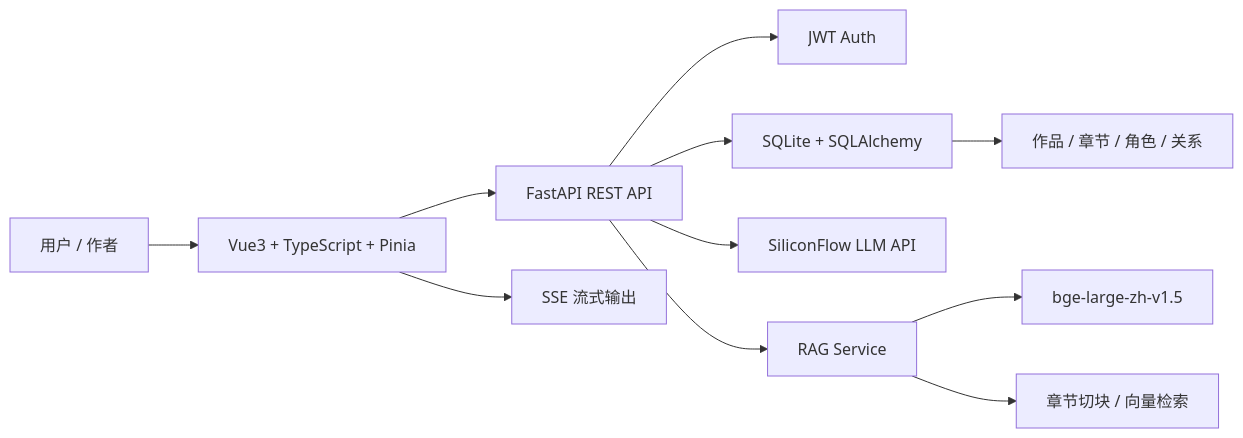
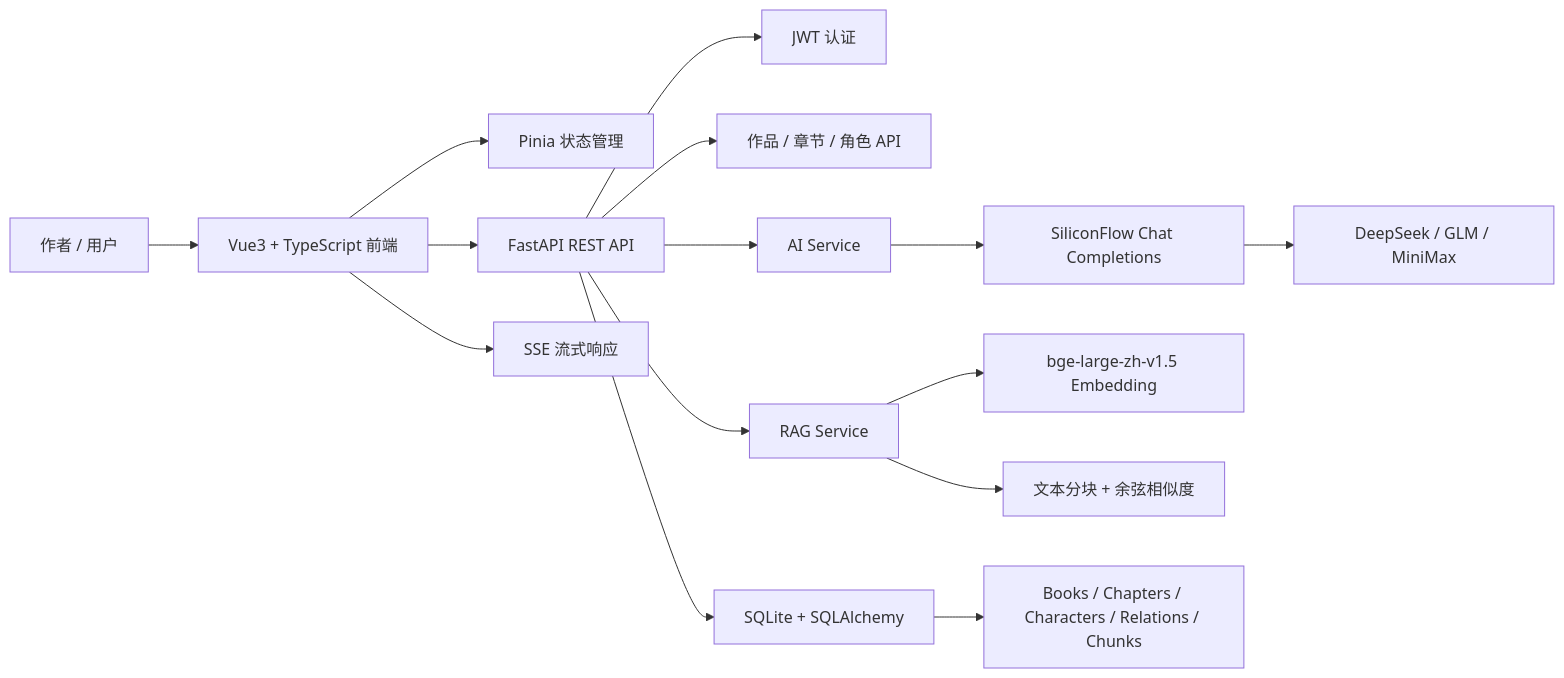
Before and after one commit to tbyang28/ai-writing-assistant: the first of 2 diagrams in README.md, drawn with Mermaid. The commit also changed other lines of this file and 3 other files, not shown here.

Commit message:
docs: expand README with architecture and screenshots

````diff
--- a/README.md
+++ b/README.md
@@ -111,13 +41,19 @@
 ```mermaid
 flowchart LR
-  User["用户 / 作者"] --> Frontend["Vue3 + TypeScript + Pinia"]
+  User["作者 / 用户"] --> Frontend["Vue3 + TypeScript 前端"]
+  Frontend --> Store["Pinia 状态管理"]
   Frontend --> API["FastAPI REST API"]
-  Frontend --> SSE["SSE 流式输出"]
-  API --> Auth["JWT Auth"]
+  Frontend --> Stream["SSE 流式响应"]
+
+  API --> Auth["JWT 认证"]
+  API --> Book["作品 / 章节 / 角色 API"]
+  API --> AI["AI Service"]
+  API --> RAG["RAG Service"]
   API --> DB["SQLite + SQLAlchemy"]
-  API --> AI["SiliconFlow LLM API"]
-  API --> RAG["RAG Service"]
-  RAG --> Embedding["bge-large-zh-v1.5"]
-  RAG --> Chunks["章节切块 / 向量检索"]
-  DB --> Books["作品 / 章节 / 角色 / 关系"]
+
+  AI --> LLM["SiliconFlow Chat Completions"]
+  LLM --> Models["DeepSeek / GLM / MiniMax"]
+  RAG --> Embed["bge-large-zh-v1.5 Embedding"]
+  RAG --> Search["文本分块 + 余弦相似度"]
+  DB --> Data["Books / Chapters / Characters / Relations / Chunks"]
 ```
````
